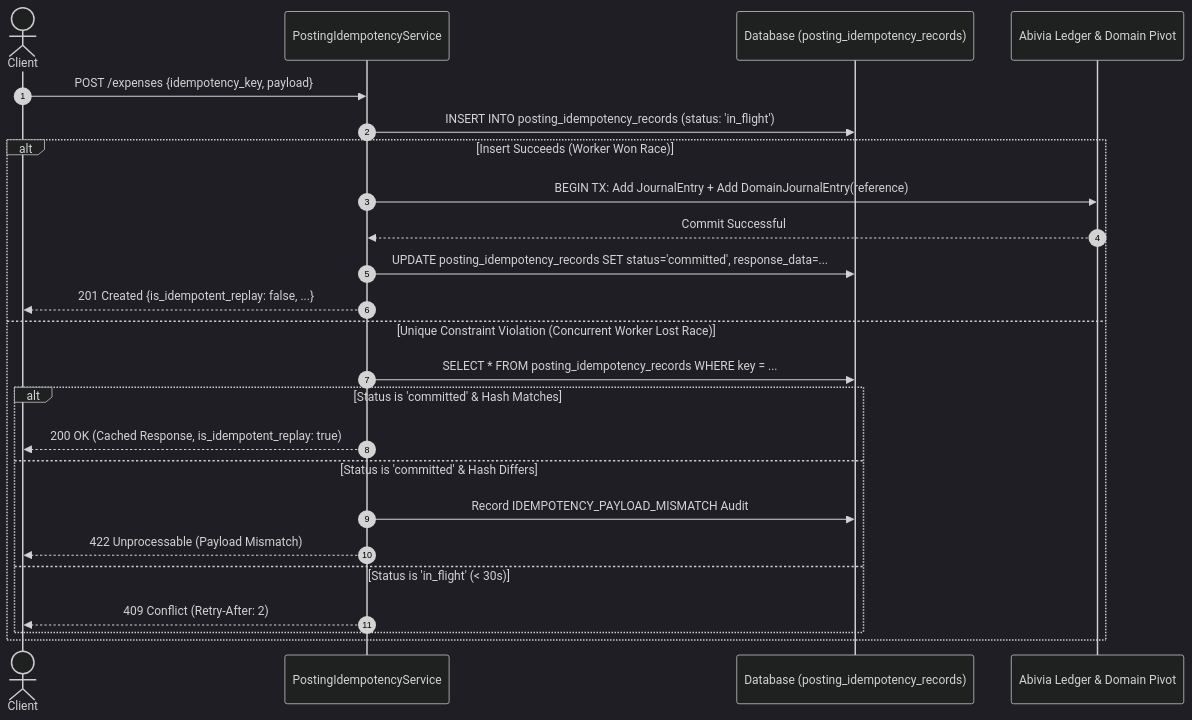
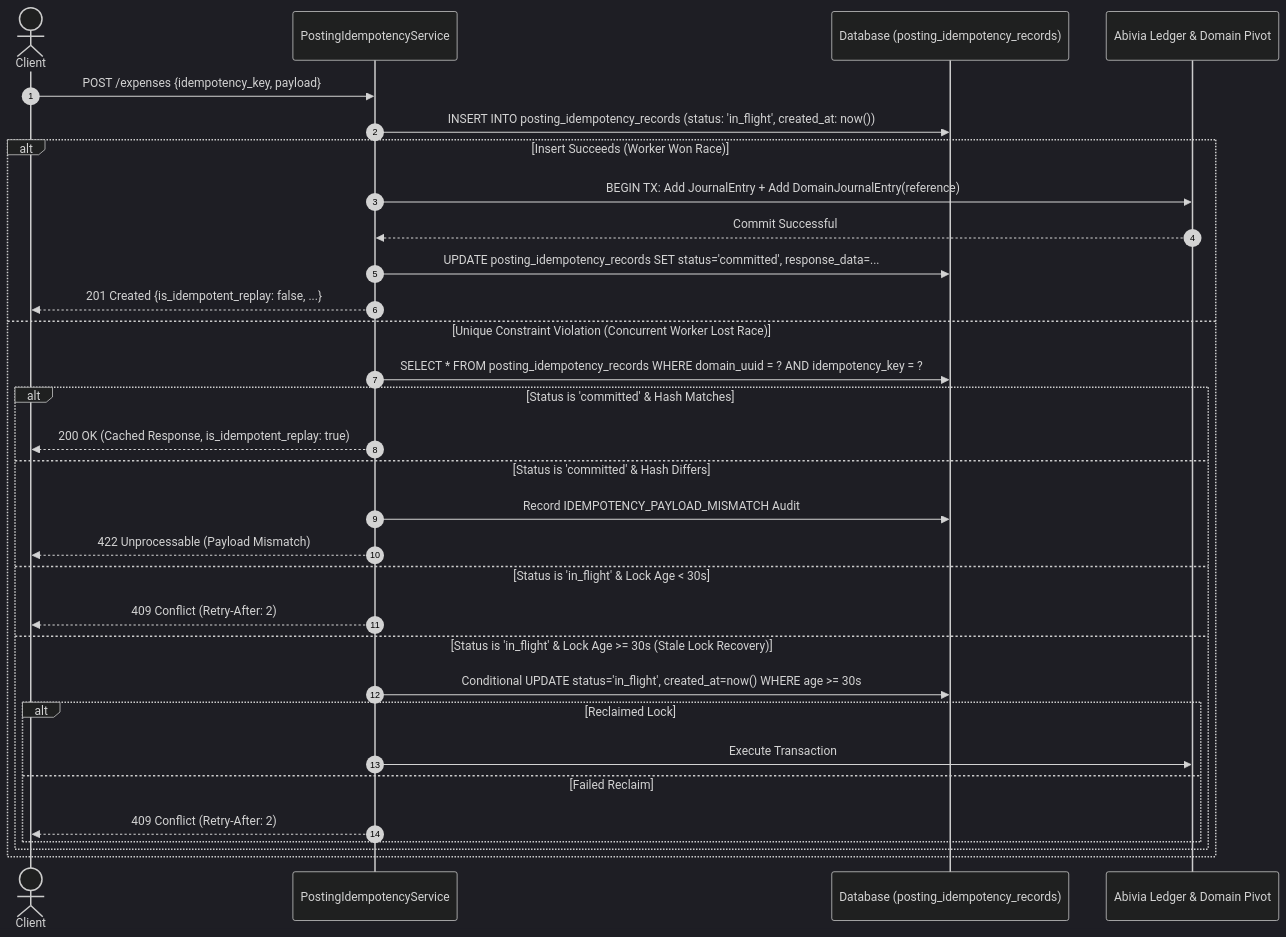
The first of 2 diagrams in docs/adr/ADR-008-durable-posting-identity-and-replay-contract.md (AlamiaSoft/AlamiaAccounts), drawn with Mermaid (dark theme) before and after one commit. The commit also changed other lines of this file and 4 other files, not shown here.

````diff
--- a/docs/adr/ADR-008-durable-posting-identity-and-replay-contract.md
+++ b/docs/adr/ADR-008-durable-posting-identity-and-replay-contract.md
@@ -171,27 +206,34 @@
 ```mermaid
 sequenceDiagram
     autonumber
     actor Client
     participant Service as PostingIdempotencyService
     participant DB as Database (posting_idempotency_records)
     participant Ledger as Abivia Ledger & Domain Pivot
 
     Client->>Service: POST /expenses {idempotency_key, payload}
-    Service->>DB: INSERT INTO posting_idempotency_records (status: 'in_flight')
+    Service->>DB: INSERT INTO posting_idempotency_records (status: 'in_flight', created_at: now())
     alt Insert Succeeds (Worker Won Race)
         Service->>Ledger: BEGIN TX: Add JournalEntry + Add DomainJournalEntry(reference)
         Ledger-->>Service: Commit Successful
         Service->>DB: UPDATE posting_idempotency_records SET status='committed', response_data=...
         Service-->>Client: 201 Created {is_idempotent_replay: false, ...}
     else Unique Constraint Violation (Concurrent Worker Lost Race)
-        Service->>DB: SELECT * FROM posting_idempotency_records WHERE key = ...
+        Service->>DB: SELECT * FROM posting_idempotency_records WHERE domain_uuid = ? AND idempotency_key = ?
         alt Status is 'committed' & Hash Matches
             Service-->>Client: 200 OK (Cached Response, is_idempotent_replay: true)
         else Status is 'committed' & Hash Differs
             Service->>DB: Record IDEMPOTENCY_PAYLOAD_MISMATCH Audit
             Service-->>Client: 422 Unprocessable (Payload Mismatch)
-        else Status is 'in_flight' (< 30s)
+        else Status is 'in_flight' & Lock Age < 30s
             Service-->>Client: 409 Conflict (Retry-After: 2)
+        else Status is 'in_flight' & Lock Age >= 30s (Stale Lock Recovery)
+            Service->>DB: Conditional UPDATE status='in_flight', created_at=now() WHERE age >= 30s
+            alt Reclaimed Lock
+                Service->>Ledger: Execute Transaction
+            else Failed Reclaim
+                Service-->>Client: 409 Conflict (Retry-After: 2)
+            end
         end
     end
 ```
````
